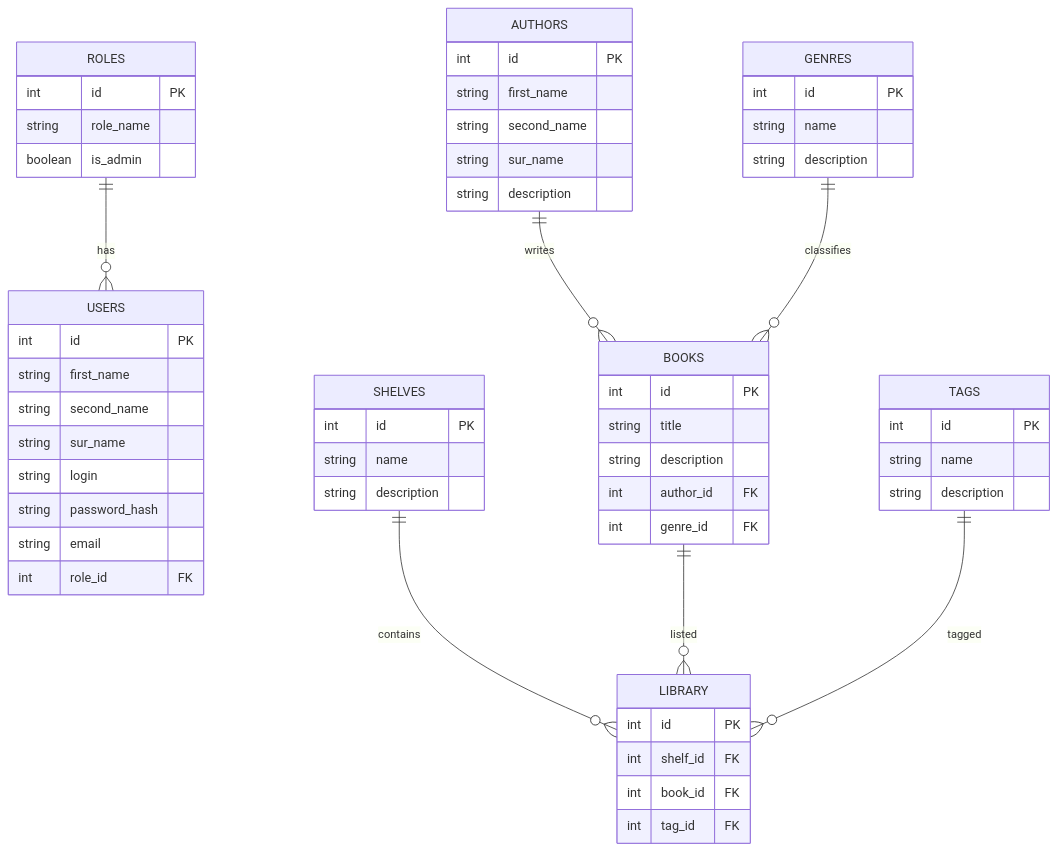
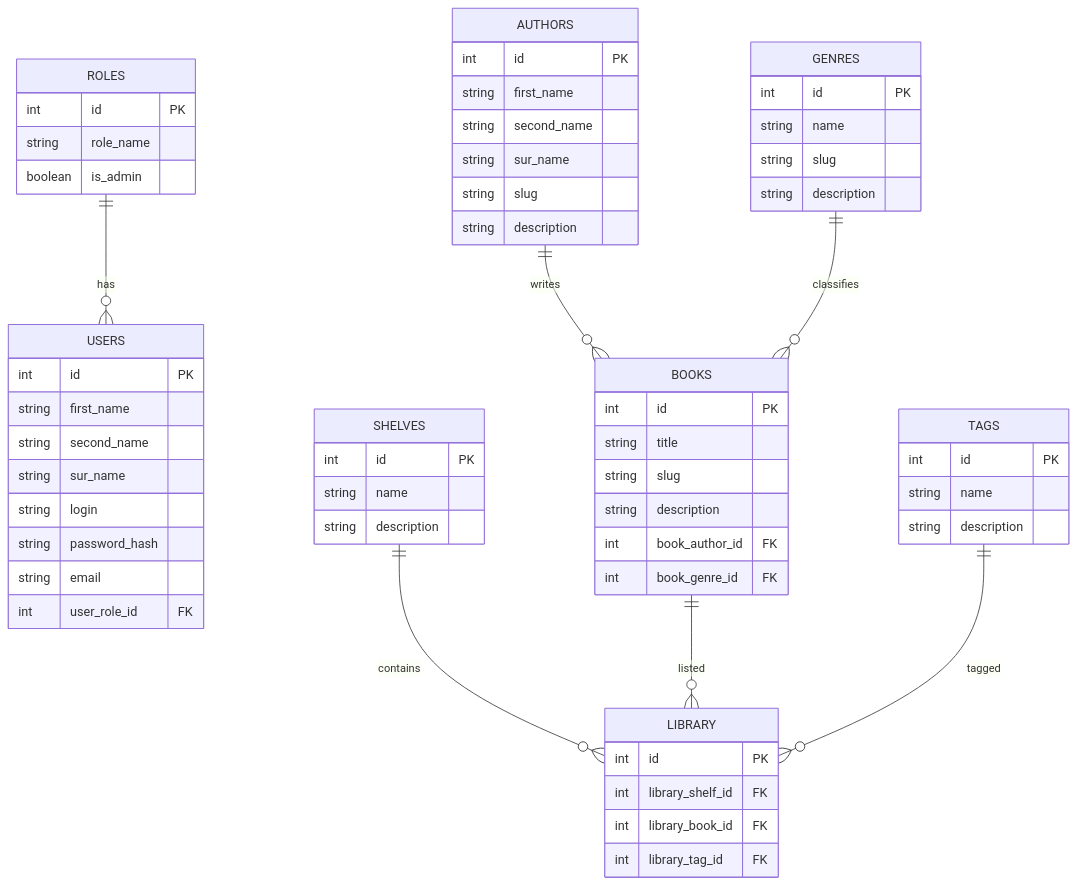
Before and after one commit to LeeDark/book-social: the diagram in docs/database_v0_1.md, drawn with Mermaid. The commit also changed other lines of this file and 9 other files, not shown here.

````diff
--- a/docs/database_v0_1.md
+++ b/docs/database_v0_1.md
@@ -1,69 +115,72 @@
 ```mermaid
 erDiagram
     ROLES ||--o{ USERS : has
 
     AUTHORS ||--o{ BOOKS : writes
     GENRES  ||--o{ BOOKS : classifies
 
     SHELVES ||--o{ LIBRARY : contains
     BOOKS   ||--o{ LIBRARY : listed
     TAGS    ||--o{ LIBRARY : tagged
 
     ROLES {
         int id PK
         string role_name
         boolean is_admin
     }
 
     USERS {
         int id PK
         string first_name
         string second_name
         string sur_name
         string login
         string password_hash
         string email
-        int role_id FK
+        int user_role_id FK
     }
 
     AUTHORS {
         int id PK
         string first_name
         string second_name
         string sur_name
+        string slug
         string description
     }
 
     GENRES {
         int id PK
         string name
+        string slug
         string description
     }
 
     BOOKS {
         int id PK
         string title
+        string slug
         string description
-        int author_id FK
-        int genre_id FK
+        int book_author_id FK
+        int book_genre_id FK
     }
 
     SHELVES {
         int id PK
         string name
         string description
     }
 
     TAGS {
         int id PK
         string name
         string description
     }
 
     LIBRARY {
         int id PK
-        int shelf_id FK
-        int book_id FK
-        int tag_id FK
+        int library_shelf_id FK
+        int library_book_id FK
+        int library_tag_id FK
     }
 ```
````
